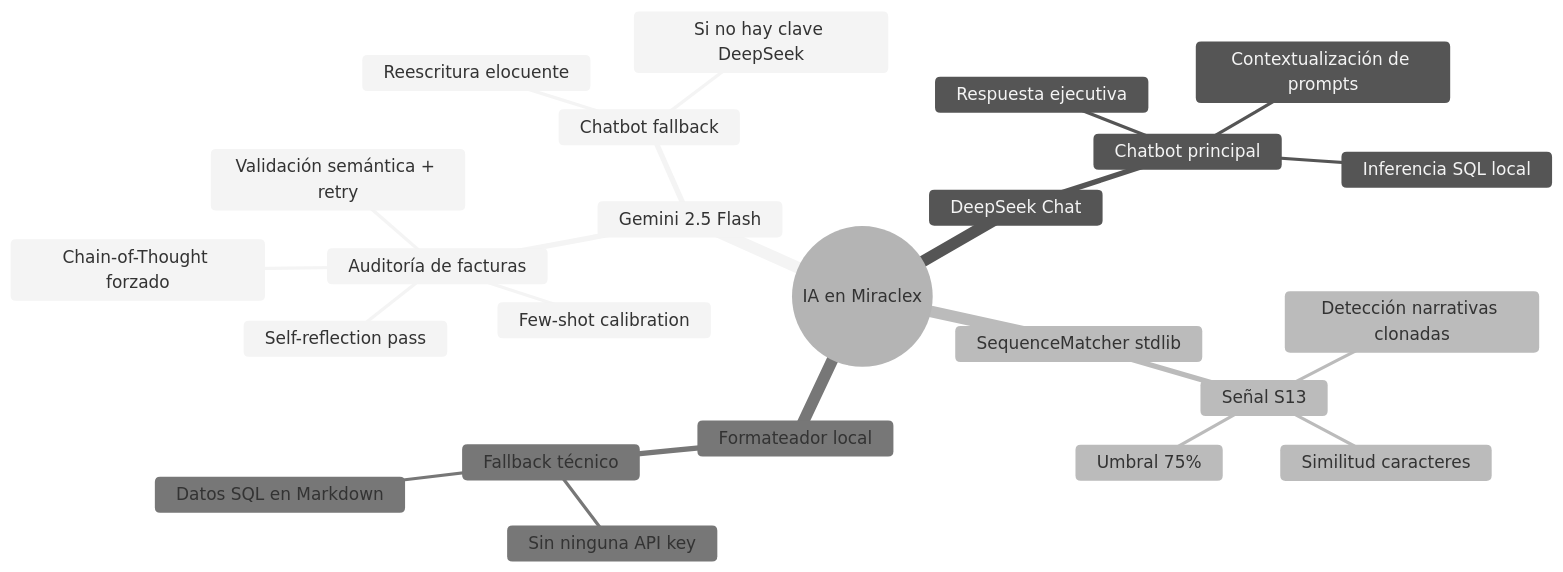
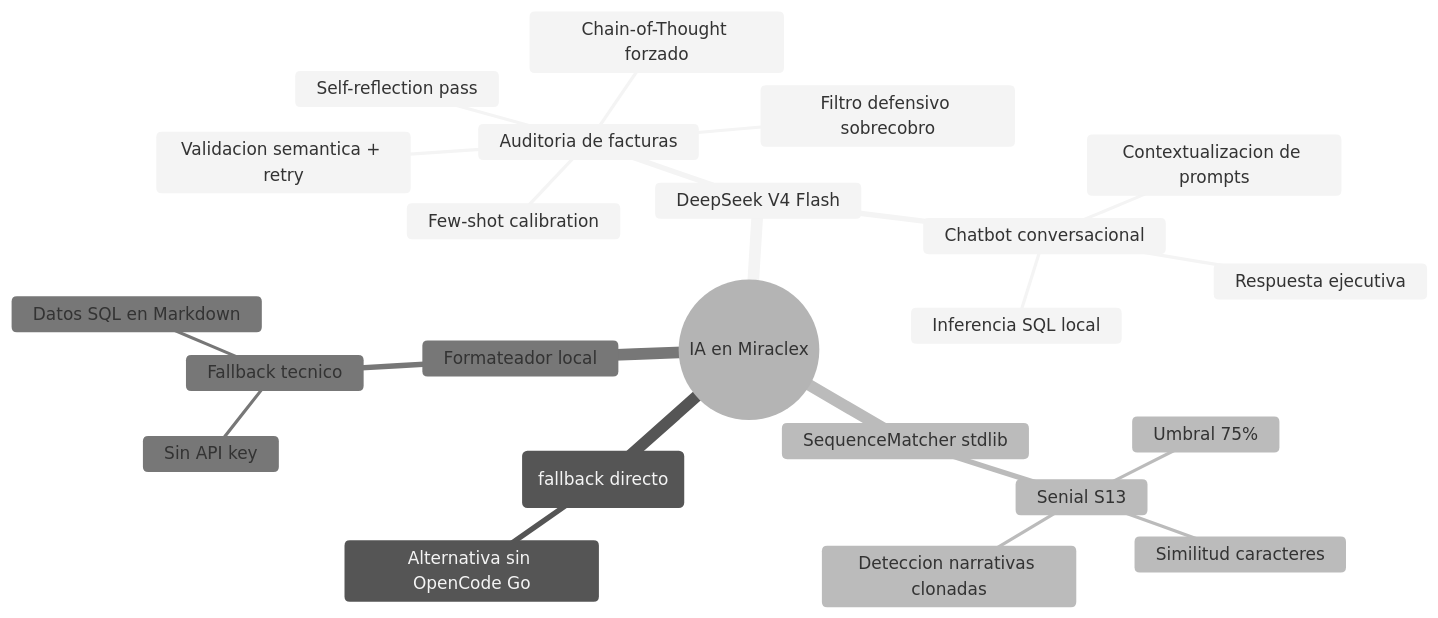
The first of 4 diagrams in docs/diagramas/diagrama_uso_ia.md (yosuSALA/Final-reto), drawn with Mermaid (neutral theme) before and after one commit. The commit also changed other lines of this file and 46 other files, not shown here.

Commit message:
Demo final: arranque portable, generador manual/auto, auditoria IA DeepSeek, guia paso a paso corregida, docs actualizados

````diff
--- a/docs/diagramas/diagrama_uso_ia.md
+++ b/docs/diagramas/diagrama_uso_ia.md
@@ -7,27 +7,26 @@
 ```mermaid
 mindmap
   root((IA en Miraclex))
-    Gemini 2.5 Flash
-      Auditoría de facturas
+    DeepSeek V4 Flash
+      Auditoria de facturas
         Chain-of-Thought forzado
         Few-shot calibration
         Self-reflection pass
-        Validación semántica + retry
-      Chatbot fallback
-        Reescritura elocuente
-        Si no hay clave DeepSeek
-    DeepSeek Chat
-      Chatbot principal
+        Validacion semantica + retry
+        Filtro defensivo sobrecobro
+      Chatbot conversacional
         Inferencia SQL local
-        Contextualización de prompts
+        Contextualizacion de prompts
         Respuesta ejecutiva
+    DeepSeek Chat (fallback directo)
+      Alternativa sin OpenCode Go
     SequenceMatcher stdlib
-      Señal S13
+      Senial S13
         Similitud caracteres
         Umbral 75%
-        Detección narrativas clonadas
+        Deteccion narrativas clonadas
     Formateador local
-      Fallback técnico
-        Sin ninguna API key
+      Fallback tecnico
+        Sin API key
         Datos SQL en Markdown
 ```
````
